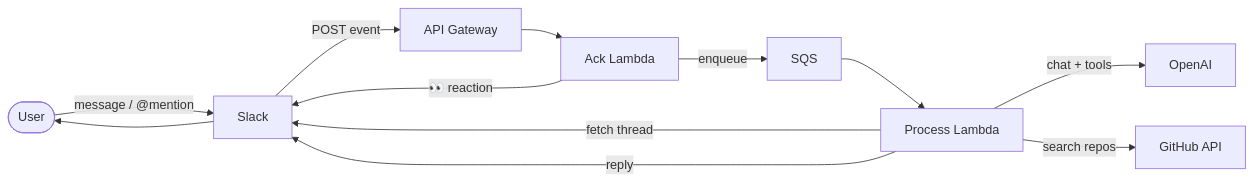
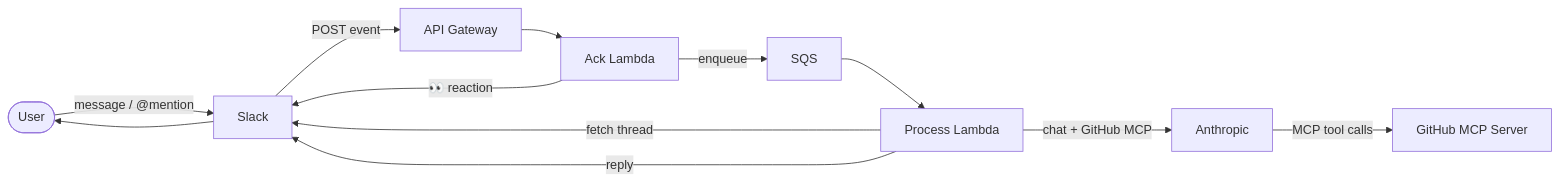
Before and after one commit to alecryan88/slack_bot: the first of 2 diagrams in README.md, drawn with Mermaid. The commit also changed other lines of this file and 6 other files, not shown here.

````diff
--- a/README.md
+++ b/README.md
@@ -7,14 +7,14 @@
 ```mermaid
 flowchart LR
     User([User]) -->|message / @mention| Slack
     Slack -->|POST event| APIGW[API Gateway]
     APIGW --> AckLambda[Ack Lambda]
     AckLambda -->|👀 reaction| Slack
     AckLambda -->|enqueue| SQS
     SQS --> ProcessLambda[Process Lambda]
     ProcessLambda -->|fetch thread| Slack
-    ProcessLambda -->|chat + tools| OpenAI
-    ProcessLambda -->|search repos| GitHub[GitHub API]
+    ProcessLambda -->|chat + GitHub MCP| Anthropic
+    Anthropic -->|MCP tool calls| GitHub[GitHub MCP Server]
     ProcessLambda -->|reply| Slack
     Slack --> User
 ```
````
